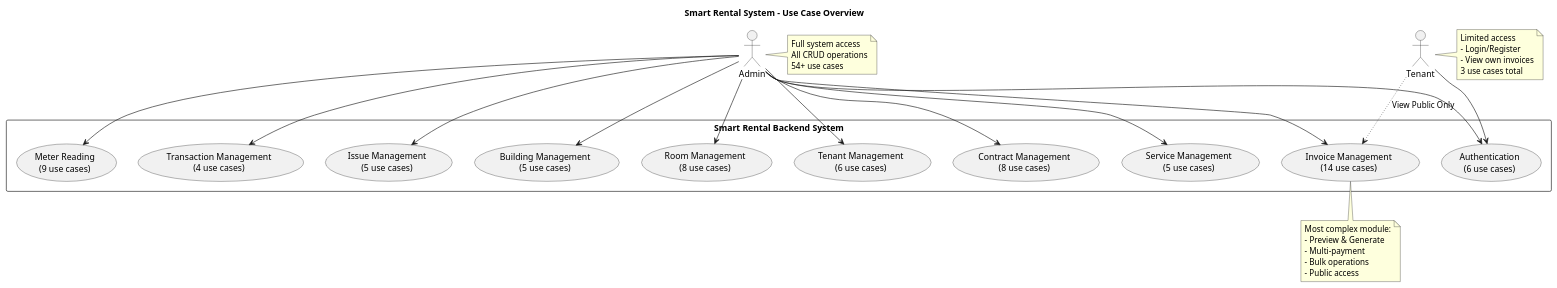
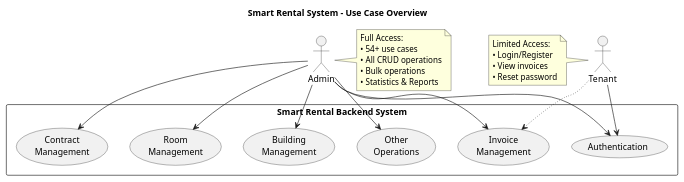
One commit to betallsoph/smart-rental-capstone-baovietz98 changed the diagram in backend/use-case-overview.puml. Above: the diagram before and after it, drawn with PlantUML.

Commit message:
fix: simplify overview diagram - reduce to 6 main modules for compact view

```diff
--- a/backend/use-case-overview.puml
+++ b/backend/use-case-overview.puml
@@ -1,62 +1,47 @@
 @startuml System Overview
 
 title Smart Rental System - Use Case Overview
 
 ' Actors
-actor "Admin" as Admin
-actor "Tenant" as Tenant
+actor Admin
+actor Tenant
 
-' System Boundary
+' System Boundary - Simple version
 rectangle "Smart Rental Backend System" {
 
-  usecase "Authentication\n(6 use cases)" as Auth
-  usecase "Building Management\n(5 use cases)" as Building
-  usecase "Room Management\n(8 use cases)" as Room
-  usecase "Tenant Management\n(6 use cases)" as TenantMgmt
-  usecase "Contract Management\n(8 use cases)" as Contract
-  usecase "Service Management\n(5 use cases)" as Service
-  usecase "Meter Reading\n(9 use cases)" as Reading
-  usecase "Invoice Management\n(14 use cases)" as Invoice
-  usecase "Transaction Management\n(4 use cases)" as Transaction
-  usecase "Issue Management\n(5 use cases)" as Issue
+  usecase "Authentication" as Auth
+  usecase "Building\nManagement" as Building
+  usecase "Room\nManagement" as Room
+  usecase "Contract\nManagement" as Contract
+  usecase "Invoice\nManagement" as Invoice
+  usecase "Other\nOperations" as Others
 
 }
 
-' Admin has access to all modules
+' Relationships
 Admin --> Auth
 Admin --> Building
 Admin --> Room
-Admin --> TenantMgmt
 Admin --> Contract
-Admin --> Service
-Admin --> Reading
 Admin --> Invoice
-Admin --> Transaction
-Admin --> Issue
+Admin --> Others
 
-' Tenant has limited access
 Tenant --> Auth
-Tenant -[dotted]-> Invoice : "View Public Only"
+Tenant -[dotted]-> Invoice
 
 note right of Admin
-  Full system access
-  All CRUD operations
-  54+ use cases
+  Full Access:
+  • 54+ use cases
+  • All CRUD operations
+  • Bulk operations
+  • Statistics & Reports
 end note
 
-note right of Tenant
-  Limited access
-  - Login/Register
-  - View own invoices
-  3 use cases total
-end note
-
-note bottom of Invoice
-  Most complex module:
-  - Preview & Generate
-  - Multi-payment
-  - Bulk operations
-  - Public access
+note left of Tenant
+  Limited Access:
+  • Login/Register
+  • View invoices
+  • Reset password
 end note
 
 @enduml
```
